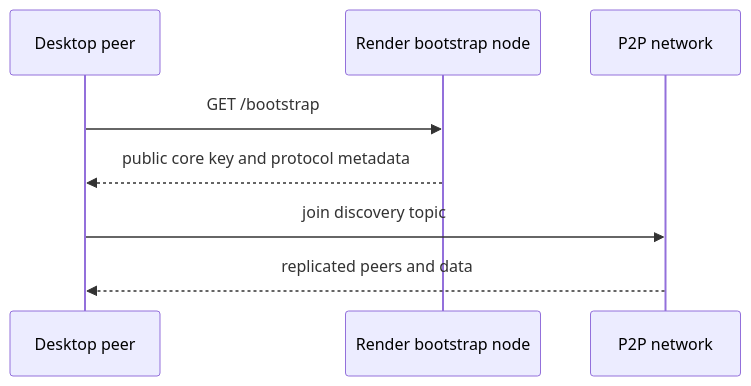
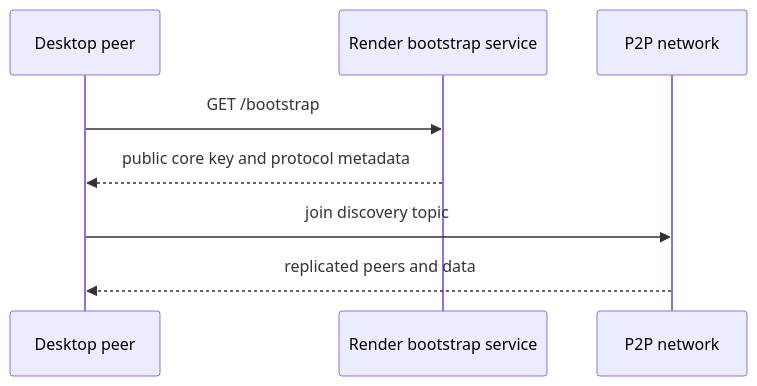
The second of 3 diagrams in docs/network-architecture.md (matthewlovestocode/peer-hours), drawn with Mermaid before and after one commit. The commit also changed other lines of this file and 34 other files, not shown here.

Commit message:
Add decentralized discovery bootstrap service

````diff
--- a/docs/network-architecture.md
+++ b/docs/network-architecture.md
@@ -225,11 +225,11 @@
 ```mermaid
 sequenceDiagram
     participant D as Desktop peer
-    participant R as Render bootstrap node
+    participant R as Render bootstrap service
     participant P as P2P network
 
     D->>R: GET /bootstrap
     R-->>D: public core key and protocol metadata
     D->>P: join discovery topic
     P-->>D: replicated peers and data
 ```
````
